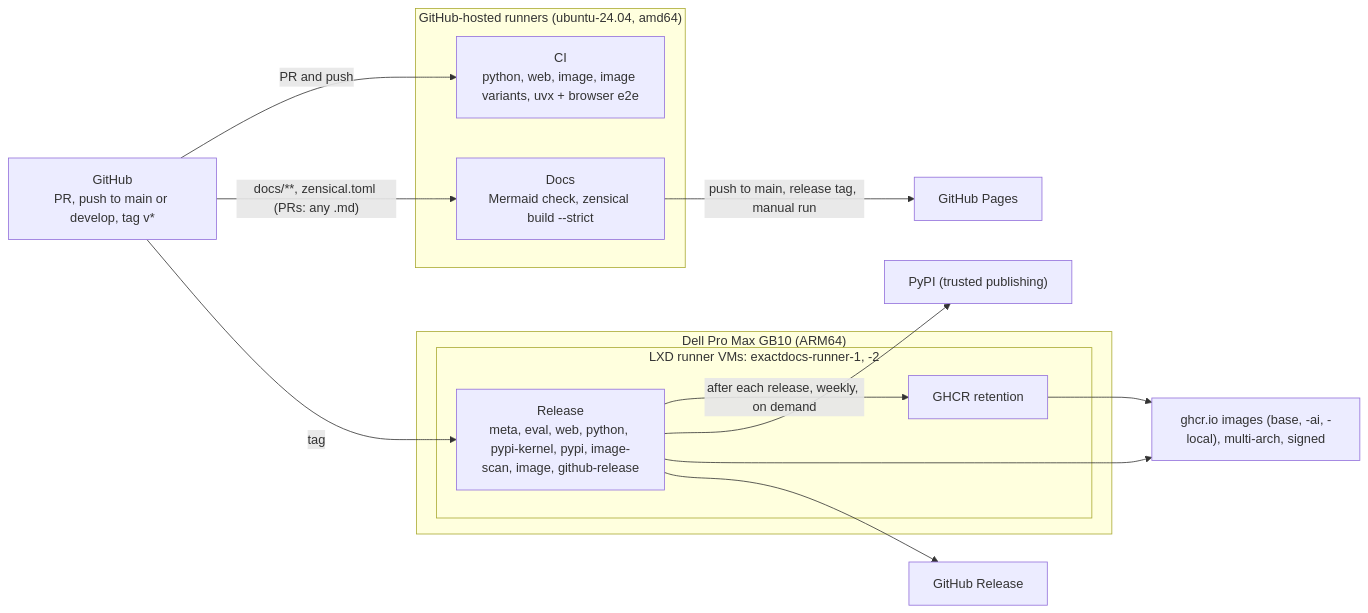
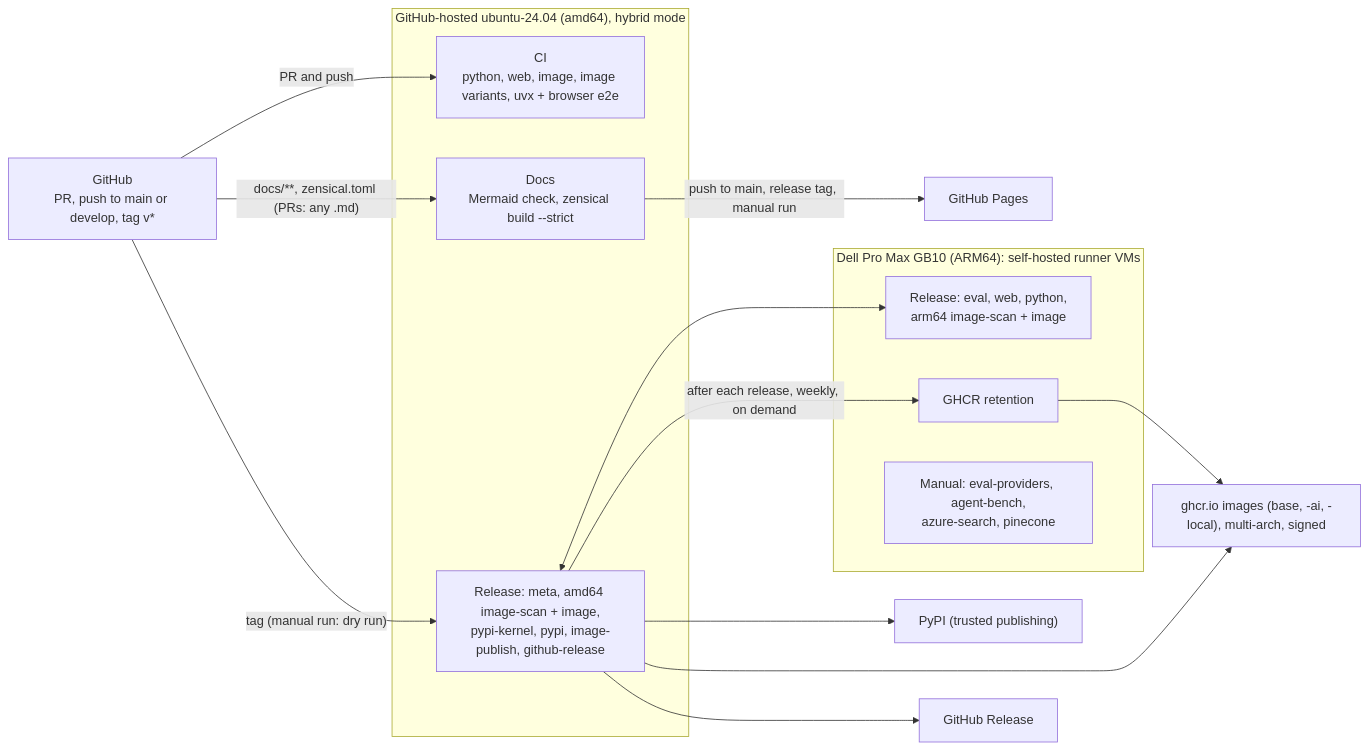
Before and after one commit to SirCypkowskyy/ExactDocs: the second of 2 diagrams in docs/releasing.md, drawn with Mermaid. The commit also changed other lines of this file and 16 other files, not shown here.

First line of the commit message:
fix(release): fix the failing release gates, hybrid runners with a self-hosted fallback switch, add a dry run (#478) (#484)

````diff
--- a/docs/releasing.md
+++ b/docs/releasing.md
@@ -329,23 +392,24 @@
 ```mermaid
 flowchart LR
     gh["GitHub<br/>PR, push to main or develop, tag v*"]
-    subgraph hosted ["GitHub-hosted runners (ubuntu-24.04, amd64)"]
+    subgraph hosted ["GitHub-hosted ubuntu-24.04 (amd64), hybrid mode"]
         ci["CI<br/>python, web, image, image variants, uvx + browser e2e"]
         docs["Docs<br/>Mermaid check, zensical build --strict"]
+        relh["Release: meta, amd64 image-scan + image,<br/>pypi-kernel, pypi, image-publish, github-release"]
     end
-    subgraph gb10 ["Dell Pro Max GB10 (ARM64)"]
-        subgraph vms ["LXD runner VMs: exactdocs-runner-1, -2"]
-            rel["Release<br/>meta, eval, web, python, pypi-kernel, pypi, image-scan, image, github-release"]
-            ret["GHCR retention"]
-        end
+    subgraph gb10 ["Dell Pro Max GB10 (ARM64): self-hosted runner VMs"]
+        rels["Release: eval, web, python,<br/>arm64 image-scan + image"]
+        ret["GHCR retention"]
+        manual["Manual: eval-providers, agent-bench,<br/>azure-search, pinecone"]
     end
     gh -->|PR and push| ci
     gh -->|"docs/**, zensical.toml (PRs: any .md)"| docs
-    gh -->|tag| rel
-    rel -->|after each release, weekly, on demand| ret
+    gh -->|"tag (manual run: dry run)"| relh
+    relh <--> rels
+    relh -->|after each release, weekly, on demand| ret
     docs -->|"push to main, release tag, manual run"| pages["GitHub Pages"]
-    rel --> pypi["PyPI (trusted publishing)"]
-    rel --> ghcr["ghcr.io images (base, -ai, -local), multi-arch, signed"]
-    rel --> ghrel["GitHub Release"]
+    relh --> pypi["PyPI (trusted publishing)"]
+    relh --> ghcr["ghcr.io images (base, -ai, -local), multi-arch, signed"]
+    relh --> ghrel["GitHub Release"]
     ret --> ghcr
 ```
````
